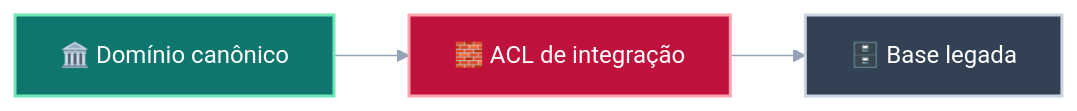
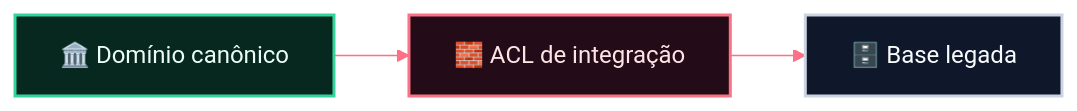
The ninth of 9 diagrams in README.md (matheusdiamantino-betalent/IA), drawn with Mermaid before and after one commit. The commit also changed other lines of this file, not shown here.

````diff
--- a/README.md
+++ b/README.md
@@ -1130,23 +1200,21 @@
 ```mermaid
-%%{init: {
-  "theme": "base",
-  "themeVariables": {
-    "background": "#07111d",
-    "primaryColor": "#0f172a",
-    "primaryTextColor": "#e5eefb",
-    "primaryBorderColor": "#ef4444",
-    "secondaryColor": "#111827",
-    "secondaryTextColor": "#e5eefb",
-    "tertiaryColor": "#0b1220",
-    "tertiaryTextColor": "#e5eefb",
-    "lineColor": "#94a3b8"
-  }
-}}%%
+%%{init: {'theme':'base','themeVariables': {
+  'background':'#020617',
+  'primaryColor':'#081120',
+  'primaryTextColor':'#e5eefb',
+  'primaryBorderColor':'#ef4444',
+  'lineColor':'#fb7185',
+  'secondaryColor':'#0b1220',
+  'secondaryTextColor':'#e5eefb',
+  'tertiaryColor':'#111827',
+  'tertiaryTextColor':'#e5eefb',
+  'fontFamily':'Inter, Segoe UI, Arial'
+}}}%%
 flowchart LR
     A["🏛️ Domínio canônico"] --> B["🧱 ACL de integração"]
     B --> C["🗄️ Base legada"]
 
-    style A fill:#0f766e,stroke:#6ee7b7,stroke-width:2px,color:#ffffff
-    style B fill:#be123c,stroke:#fda4af,stroke-width:2px,color:#ffffff
-    style C fill:#334155,stroke:#cbd5e1,stroke-width:2px,color:#ffffff
+    style A fill:#06281f,stroke:#34d399,stroke-width:2px,color:#ecfdf5
+    style B fill:#240b18,stroke:#fb7185,stroke-width:2px,color:#ffe4e6
+    style C fill:#0f172a,stroke:#cbd5e1,stroke-width:2px,color:#f8fafc
 ```
````
